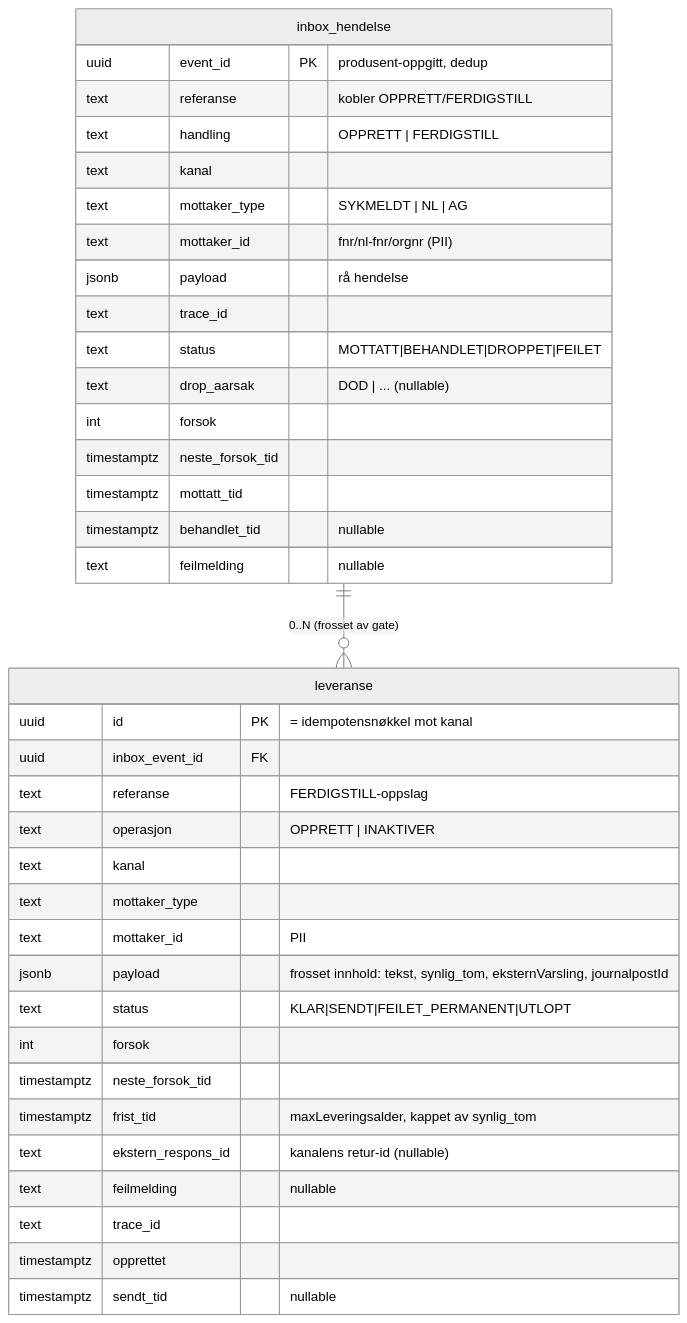
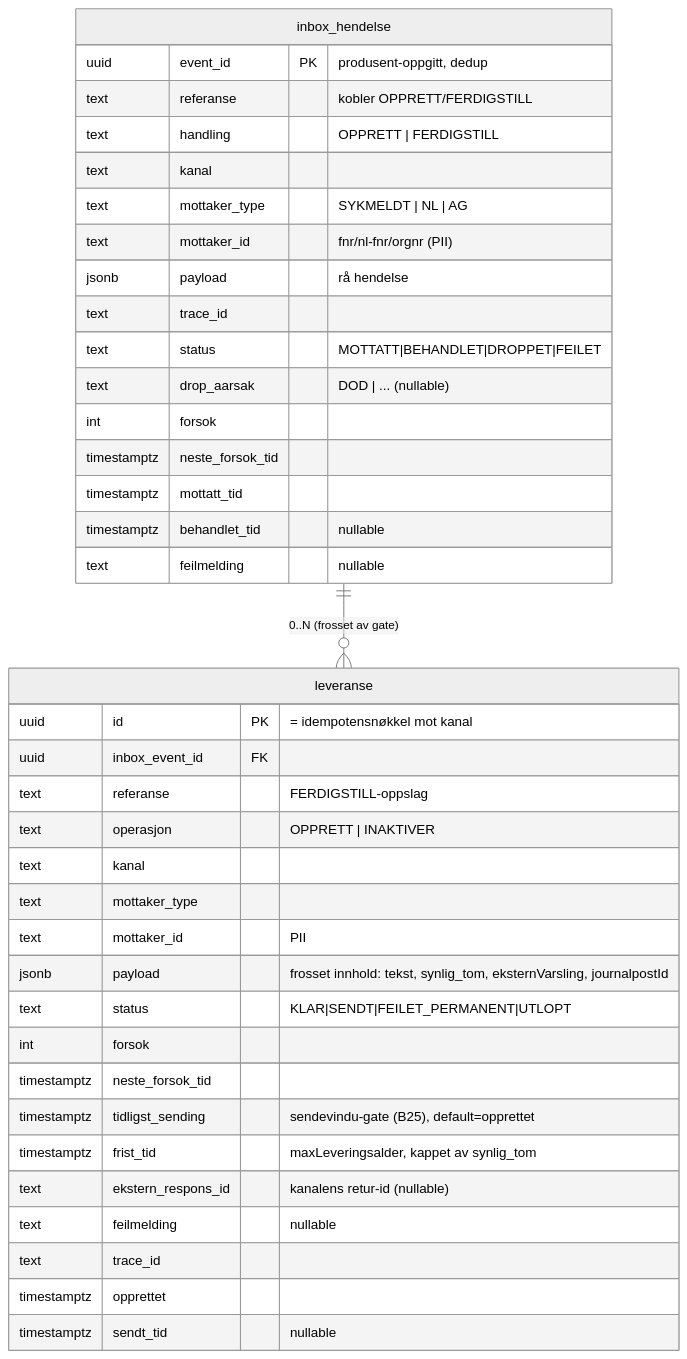
The diagram in docs/DATAMODELL.md (navikt/syfo-budstikka), drawn with Mermaid (neutral theme) before and after one commit. The commit also changed other lines of this file and 2 other files, not shown here.

First line of the commit message:
docs: sentraliser NL-resolusjon (B24) og innfør sendevindu (B25)

````diff
--- a/docs/DATAMODELL.md
+++ b/docs/DATAMODELL.md
@@ -7,42 +7,43 @@
 ```mermaid
 erDiagram
     inbox_hendelse ||--o{ leveranse : "0..N (frosset av gate)"
 
     inbox_hendelse {
         uuid        event_id PK "produsent-oppgitt, dedup"
         text        referanse "kobler OPPRETT/FERDIGSTILL"
         text        handling "OPPRETT | FERDIGSTILL"
         text        kanal
         text        mottaker_type "SYKMELDT | NL | AG"
         text        mottaker_id "fnr/nl-fnr/orgnr (PII)"
         jsonb       payload "rå hendelse"
         text        trace_id
         text        status "MOTTATT|BEHANDLET|DROPPET|FEILET"
         text        drop_aarsak "DOD | ... (nullable)"
         int         forsok
         timestamptz neste_forsok_tid
         timestamptz mottatt_tid
         timestamptz behandlet_tid "nullable"
         text        feilmelding "nullable"
     }
 
     leveranse {
         uuid        id PK "= idempotensnøkkel mot kanal"
         uuid        inbox_event_id FK
         text        referanse "FERDIGSTILL-oppslag"
         text        operasjon "OPPRETT | INAKTIVER"
         text        kanal
         text        mottaker_type
         text        mottaker_id "PII"
         jsonb       payload "frosset innhold: tekst, synlig_tom, eksternVarsling, journalpostId"
         text        status "KLAR|SENDT|FEILET_PERMANENT|UTLOPT"
         int         forsok
         timestamptz neste_forsok_tid
+        timestamptz tidligst_sending "sendevindu-gate (B25), default=opprettet"
         timestamptz frist_tid "maxLeveringsalder, kappet av synlig_tom"
         text        ekstern_respons_id "kanalens retur-id (nullable)"
         text        feilmelding "nullable"
         text        trace_id
         timestamptz opprettet
         timestamptz sendt_tid "nullable"
     }
 ```
````
